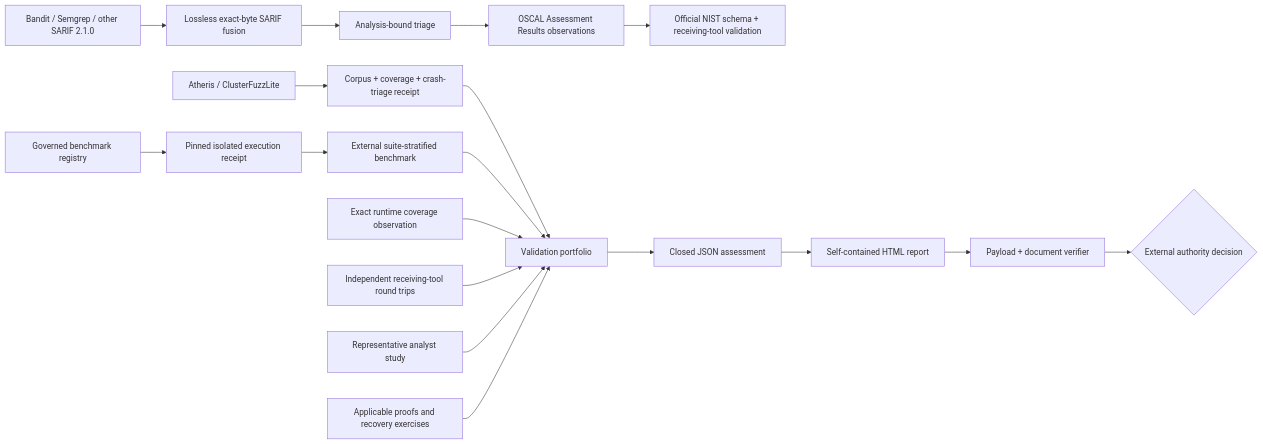
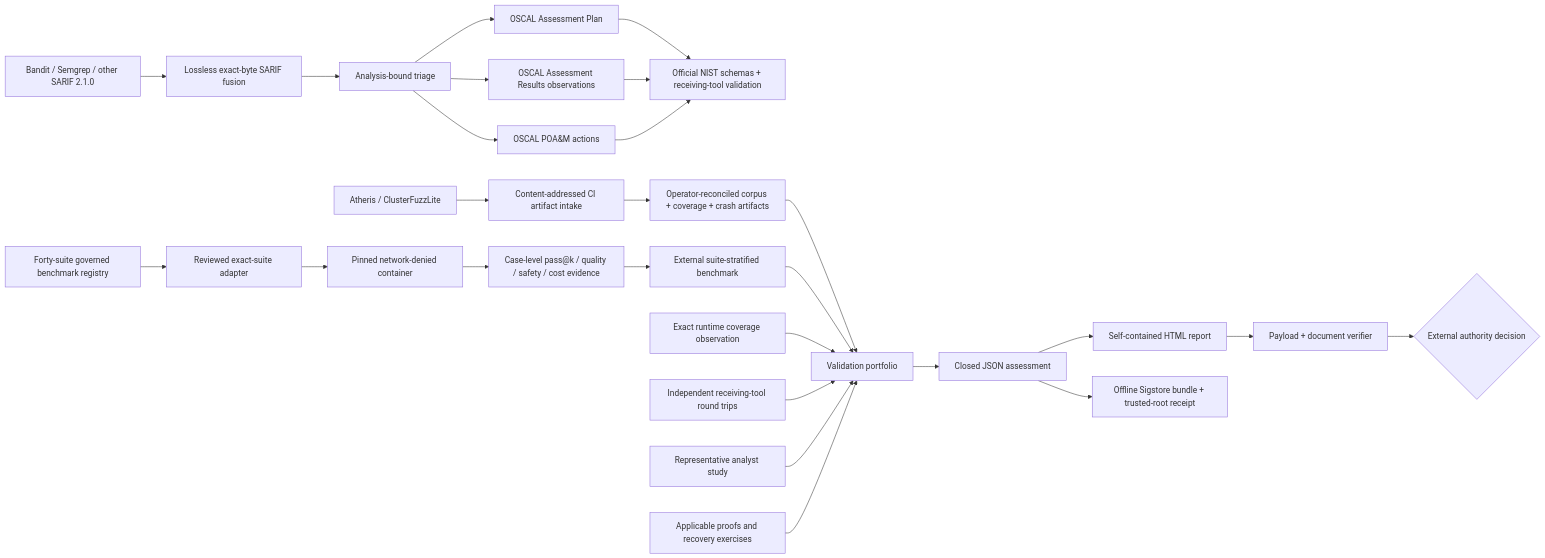
The second of 8 diagrams in docs/DIAGRAMS.md (willtran87/project-py-sfmea), drawn with Mermaid before and after one commit. The commit also changed other lines of this file and 260 other files, not shown here.

Commit message:
feat: harden industry assurance evidence and benchmark workflows

````diff
--- a/docs/DIAGRAMS.md
+++ b/docs/DIAGRAMS.md
@@ -420,20 +422,28 @@
 ```mermaid
 flowchart LR
     S1["Bandit / Semgrep / other SARIF 2.1.0"] --> SF["Lossless exact-byte SARIF fusion"]
     SF --> A["Analysis-bound triage"]
+    A --> OP["OSCAL Assessment Plan"]
     A --> O["OSCAL Assessment Results observations"]
-    O --> NV["Official NIST schema + receiving-tool validation"]
-    BR["Governed benchmark registry"] --> BE["Pinned isolated execution receipt"]
-    BE --> B
-    FC["Atheris / ClusterFuzzLite"] --> FE["Corpus + coverage + crash-triage receipt"]
+    A --> PM["OSCAL POA&M actions"]
+    OP --> NV["Official NIST schemas + receiving-tool validation"]
+    O --> NV
+    PM --> NV
+    BR["Forty-suite governed benchmark registry"] --> BA["Reviewed exact-suite adapter"]
+    BA --> BE["Pinned network-denied container"]
+    BE --> CO["Case-level pass@k / quality / safety / cost evidence"]
+    CO --> B
+    FC["Atheris / ClusterFuzzLite"] --> FI["Content-addressed CI artifact intake"]
+    FI --> FE["Operator-reconciled corpus + coverage + crash artifacts"]
     FE --> P
     B["External suite-stratified benchmark"] --> P["Validation portfolio"]
     C["Exact runtime coverage observation"] --> P
     R["Independent receiving-tool round trips"] --> P
     U["Representative analyst study"] --> P
     F["Applicable proofs and recovery exercises"] --> P
     P --> J["Closed JSON assessment"]
     J --> H["Self-contained HTML report"]
+    J --> SG["Offline Sigstore bundle + trusted-root receipt"]
     H --> V["Payload + document verifier"]
     V --> D{"External authority decision"}
 ```
````
